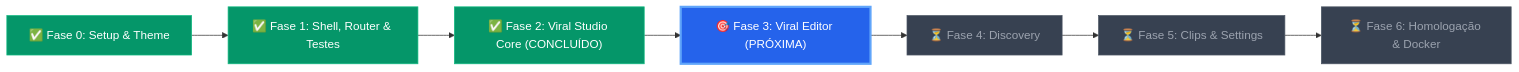
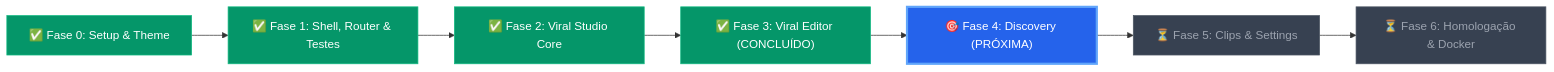
Before and after one commit to luis-henrique-carvalho/viralforge: the diagram in docs/plano-migracao-frontend.md, drawn with Mermaid. The commit also changed other lines of this file and 69 other files, not shown here.

Commit message:
feat: implement viral editor view and components with supporting hooks and tests

````diff
--- a/docs/plano-migracao-frontend.md
+++ b/docs/plano-migracao-frontend.md
@@ -218,17 +218,17 @@
 ```mermaid
 flowchart LR
     Fase0["✅ Fase 0: Setup & Theme"] --> Fase1["✅ Fase 1: Shell, Router & Testes"]
-    Fase1 --> Fase2["✅ Fase 2: Viral Studio Core (CONCLUÍDO)"]
-    Fase2 --> Fase3["🎯 Fase 3: Viral Editor (PRÓXIMA)"]
-    Fase3 --> Fase4["⏳ Fase 4: Discovery"]
+    Fase1 --> Fase2["✅ Fase 2: Viral Studio Core"]
+    Fase2 --> Fase3["✅ Fase 3: Viral Editor (CONCLUÍDO)"]
+    Fase3 --> Fase4["🎯 Fase 4: Discovery (PRÓXIMA)"]
     Fase4 --> Fase5["⏳ Fase 5: Clips & Settings"]
     Fase5 --> Fase6["⏳ Fase 6: Homologação & Docker"]
 
     classDef completed fill:#059669,stroke:#10b981,color:#ffffff;
     classDef current fill:#2563eb,stroke:#60a5fa,color:#ffffff,stroke-width:3px;
     classDef pending fill:#374151,stroke:#4b5563,color:#9ca3af;
 
-    class Fase0,Fase1,Fase2 completed;
-    class Fase3 current;
-    class Fase4,Fase5,Fase6 pending;
+    class Fase0,Fase1,Fase2,Fase3 completed;
+    class Fase4 current;
+    class Fase5,Fase6 pending;
 ```
````
